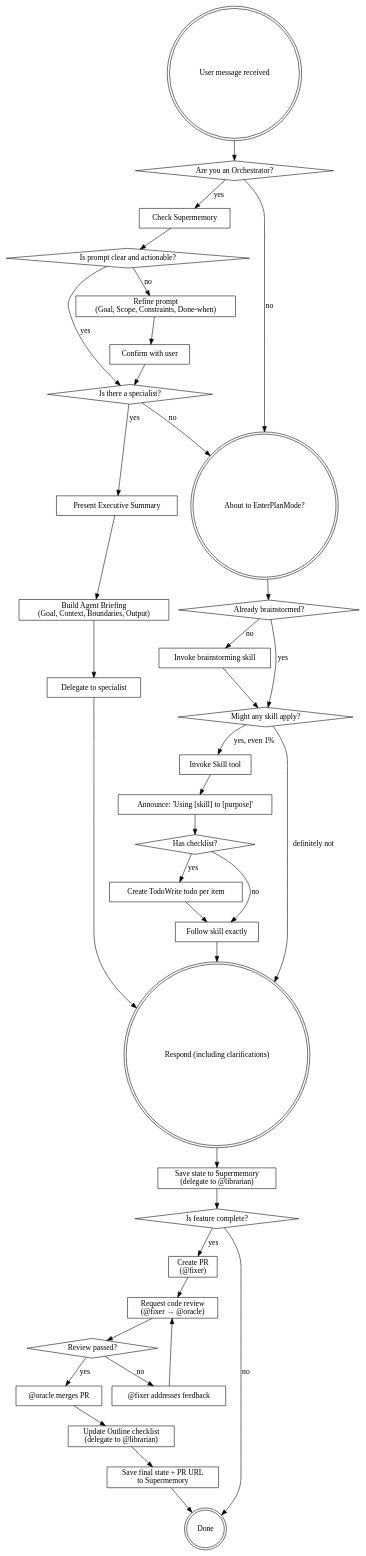
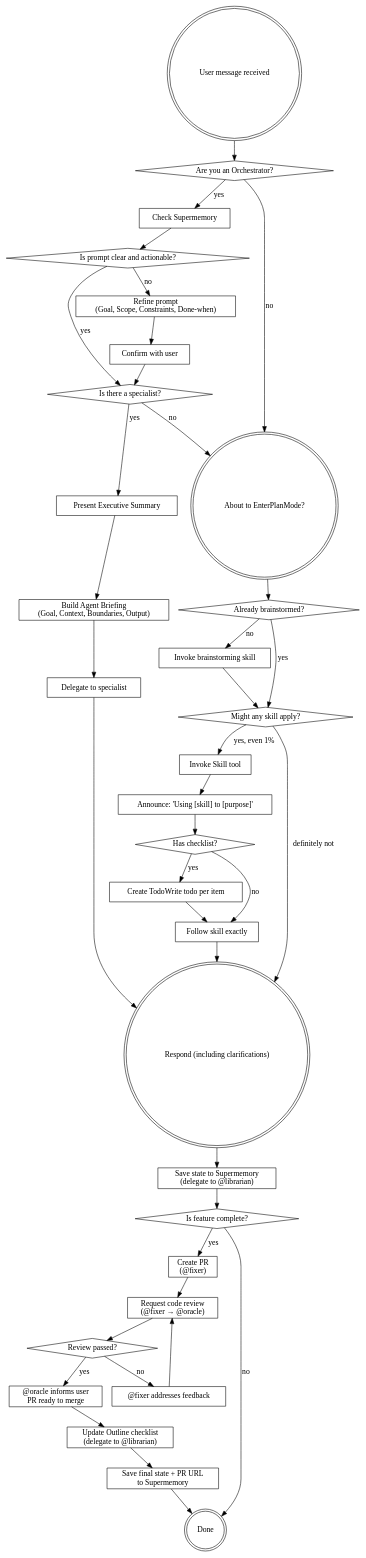
One commit to helmiatwork/superpowers changed the diagram in skills/using-superpowers/SKILL.md. Above: the diagram before and after it, drawn with Graphviz. The commit also changed other lines of this file, not shown here.

Commit message:
update PR

```diff
--- a/skills/using-superpowers/SKILL.md
+++ b/skills/using-superpowers/SKILL.md
@@ -288,7 +288,7 @@
     "Create PR\n(@fixer)" [shape=box];
     "Request code review\n(@fixer → @oracle)" [shape=box];
     "Review passed?" [shape=diamond];
-    "@oracle merges PR" [shape=box];
+    "@oracle informs user\nPR ready to merge" [shape=box];
     "@fixer addresses feedback" [shape=box];
     "Update Outline checklist\n(delegate to @librarian)" [shape=box];
     "Save final state + PR URL\nto Supermemory" [shape=box];
@@ -339,10 +339,10 @@
     "Is feature complete?" -> "Done" [label="no"];
     "Create PR\n(@fixer)" -> "Request code review\n(@fixer → @oracle)";
     "Request code review\n(@fixer → @oracle)" -> "Review passed?";
-    "Review passed?" -> "@oracle merges PR" [label="yes"];
+    "Review passed?" -> "@oracle informs user\nPR ready to merge" [label="yes"];
     "Review passed?" -> "@fixer addresses feedback" [label="no"];
     "@fixer addresses feedback" -> "Request code review\n(@fixer → @oracle)";
-    "@oracle merges PR" -> "Update Outline checklist\n(delegate to @librarian)";
+    "@oracle informs user\nPR ready to merge" -> "Update Outline checklist\n(delegate to @librarian)";
     "Update Outline checklist\n(delegate to @librarian)" -> "Save final state + PR URL\nto Supermemory";
     "Save final state + PR URL\nto Supermemory" -> "Done";
 }
```
